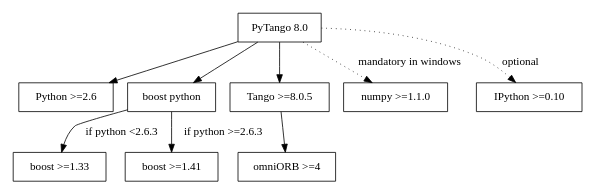
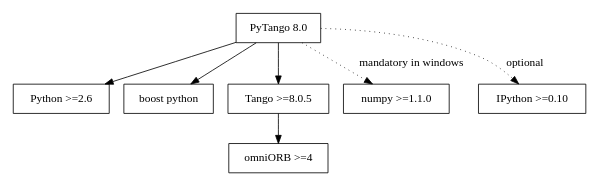
Before and after one commit to sbodomerle/pytango: the diagram in doc/start.rst, drawn with Graphviz. The commit also changed other lines of this file and 17 other files, not shown here.

```diff
--- a/doc/start.rst
+++ b/doc/start.rst
@@ -25,22 +25,18 @@
 .. graphviz::
 
     digraph dependencies {
         size="6,3";
         PyTango     [shape=box, label="PyTango 8.0"];
         Python      [shape=box, label="Python >=2.6"];
         boostpython [shape=box, label="boost python"];
-        boostp1     [shape=box, label="boost >=1.33"];
-        boostp2     [shape=box, label="boost >=1.41"];
         Tango       [shape=box, label="Tango >=8.0.5"];
         omniORB     [shape=box, label="omniORB >=4"];
         numpy       [shape=box, label="numpy >=1.1.0"];
         IPython     [shape=box, label="IPython >=0.10"];
         PyTango -> Python;
         PyTango -> Tango;
         PyTango -> numpy [style=dotted, label="mandatory in windows"];
         Tango -> omniORB;
         PyTango -> boostpython
-        boostpython -> boostp1 [label="if python <2.6.3"];
-        boostpython -> boostp2 [label="if python >=2.6.3"];
         PyTango -> IPython [style=dotted, label="optional"];
     }   
```
